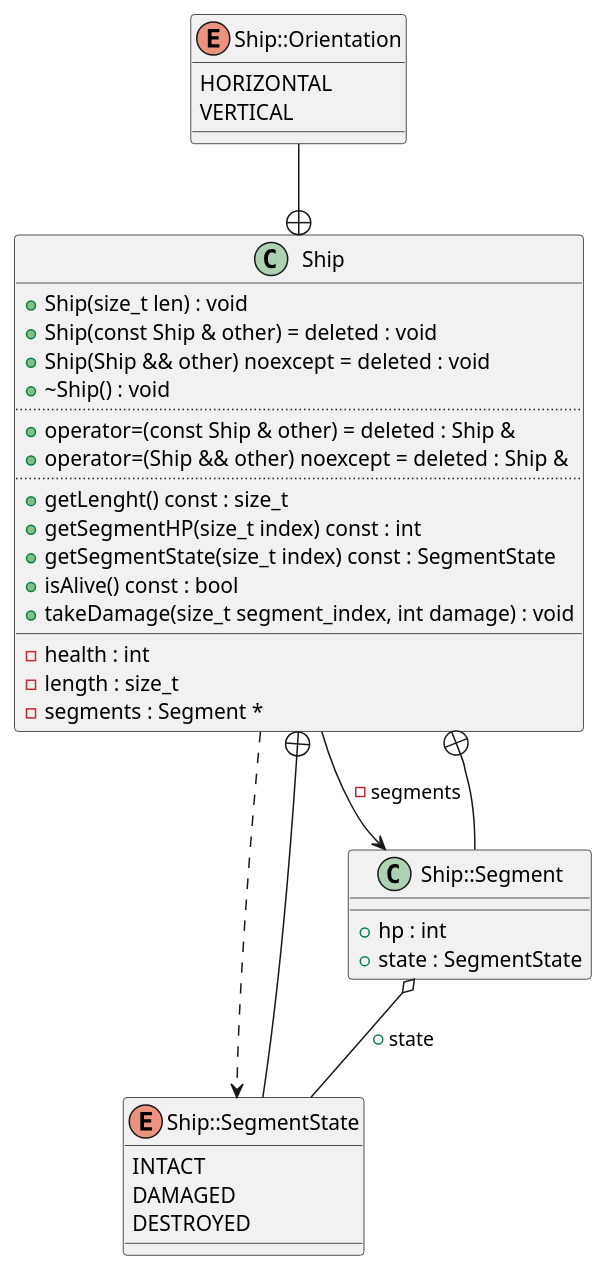
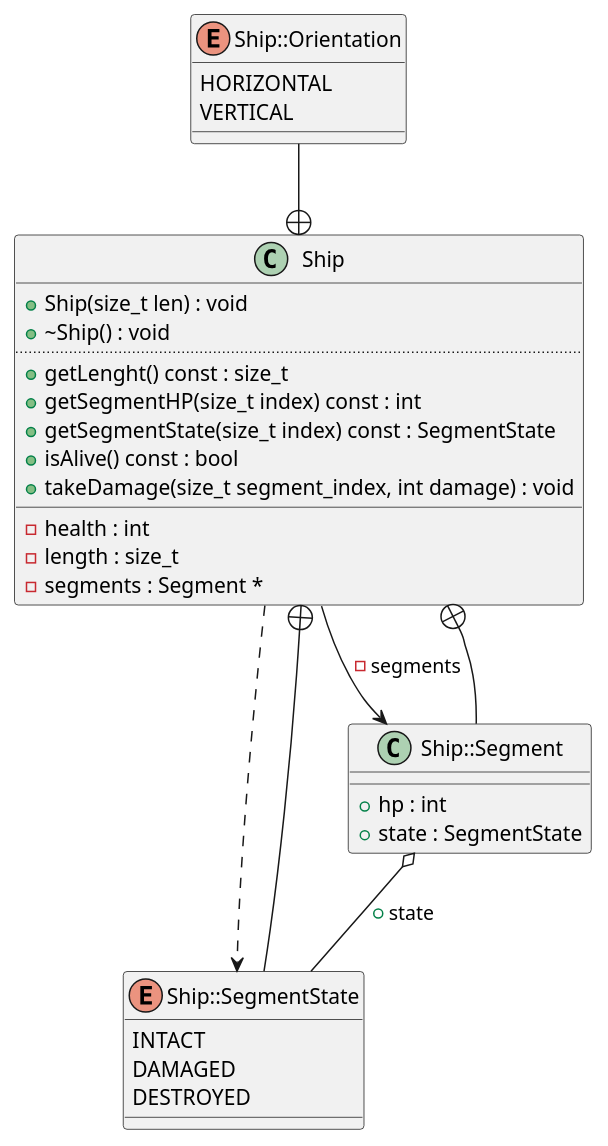
The diagram in diagrams/Ship.puml (Rennelv/ships), drawn with PlantUML before and after one commit. The commit also changed 13 other files, not shown here.

```diff
--- a/diagrams/Ship.puml
+++ b/diagrams/Ship.puml
@@ -1,48 +1,43 @@
 @startuml
 class "Ship" as C_0014529657433315016423
 class C_0014529657433315016423 {
 +Ship(size_t len) : void
-+Ship(const Ship & other) = deleted : void
-+Ship(Ship && other) noexcept = deleted : void
 +~Ship() : void
-..
-+operator=(const Ship & other) = deleted : Ship &
-+operator=(Ship && other) noexcept = deleted : Ship &
 ..
 +getLenght() const : size_t
 +getSegmentHP(size_t index) const : int
 +getSegmentState(size_t index) const : SegmentState
 +isAlive() const : bool
 +takeDamage(size_t segment_index, int damage) : void
 __
 -health : int
 -length : size_t
 -segments : Segment *
 }
 enum "Ship::SegmentState" as C_0016593760204207859148
 enum C_0016593760204207859148 {
 INTACT
 DAMAGED
 DESTROYED
 }
 enum "Ship::Orientation" as C_0015200704647938469073
 enum C_0015200704647938469073 {
 HORIZONTAL
 VERTICAL
 }
 class "Ship::Segment" as C_0000674658759292391449
 class C_0000674658759292391449 {
 __
 +hp : int
 +state : SegmentState
 }
 C_0014529657433315016423 ..> C_0016593760204207859148
 C_0014529657433315016423 --> C_0000674658759292391449 : -segments
 C_0016593760204207859148 --+ C_0014529657433315016423
 C_0015200704647938469073 --+ C_0014529657433315016423
 C_0000674658759292391449 --+ C_0014529657433315016423
 C_0000674658759292391449 o-- C_0016593760204207859148 : +state
 
 'Generated with clang-uml, version 0.5.5
 'LLVM version clang version 18.1.8
 @enduml
```
